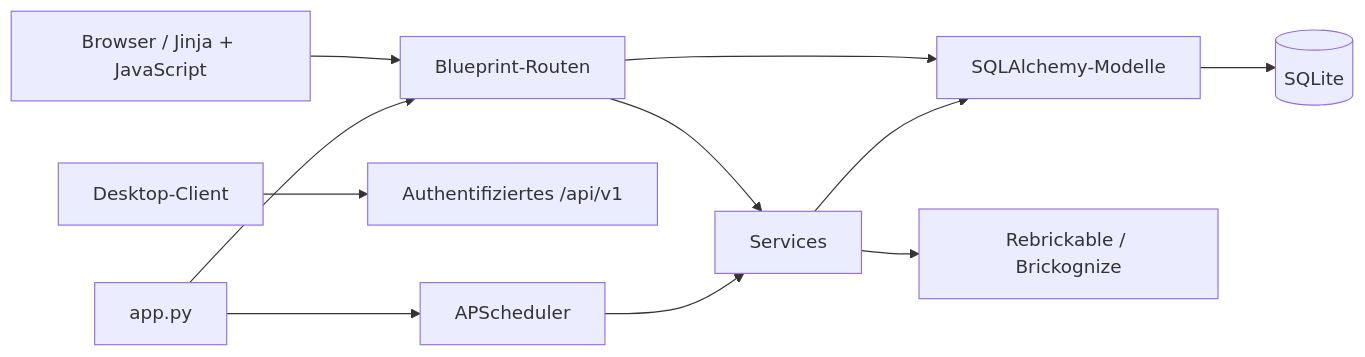
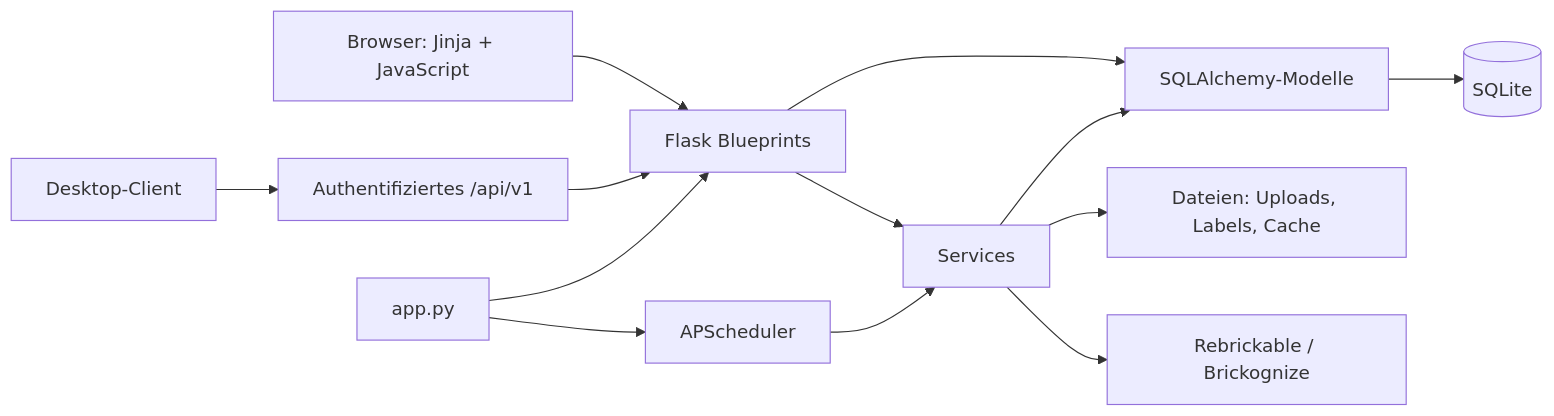
The diagram in docs/architecture/reference-architecture.md (Kornhaas/Brick_Manager), drawn with Mermaid before and after one commit. The commit also changed other lines of this file and 15 other files, not shown here.

````diff
--- a/docs/architecture/reference-architecture.md
+++ b/docs/architecture/reference-architecture.md
@@ -7,13 +15,15 @@
 ```mermaid
 flowchart LR
-  UI[Browser / Jinja + JavaScript] --> Routes[Blueprint-Routen]
-  Client[Desktop-Client] --> API[Authentifiziertes /api/v1]
-  Routes --> Services
+  Browser[Browser: Jinja + JavaScript] --> Routes[Flask Blueprints]
+  Desktop[Desktop-Client] --> Api[Authentifiziertes /api/v1]
+  Api --> Routes
+  Routes --> Services[Services]
   Routes --> Models[SQLAlchemy-Modelle]
   Services --> Models
-  Models --> DB[(SQLite)]
-  Services --> External[Rebrickable / Brickognize]
+  Models --> Sqlite[(SQLite)]
+  Services --> Files[Dateien: Uploads, Labels, Cache]
+  Services --> Remote[Rebrickable / Brickognize]
   App[app.py] --> Routes
-  App --> Jobs[APScheduler]
-  Jobs --> Services
+  App --> Scheduler[APScheduler]
+  Scheduler --> Services
 ```
````
